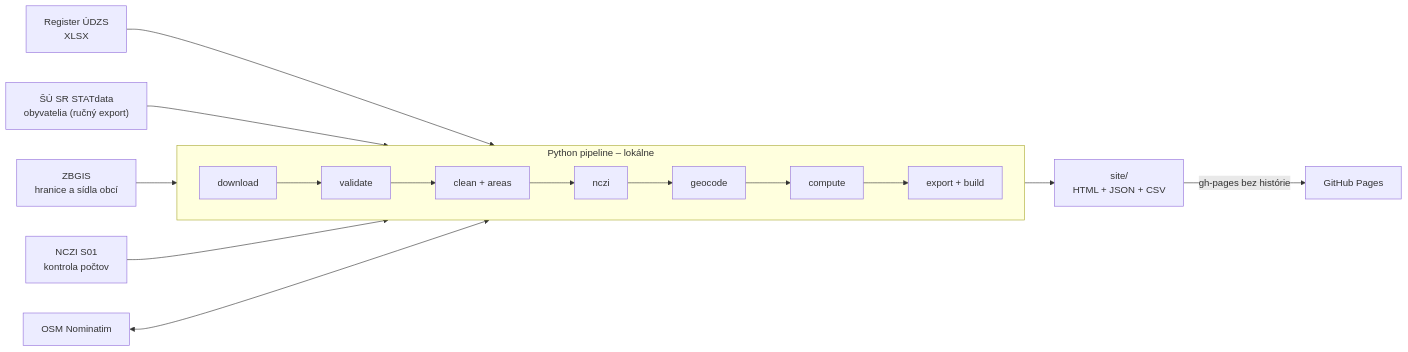
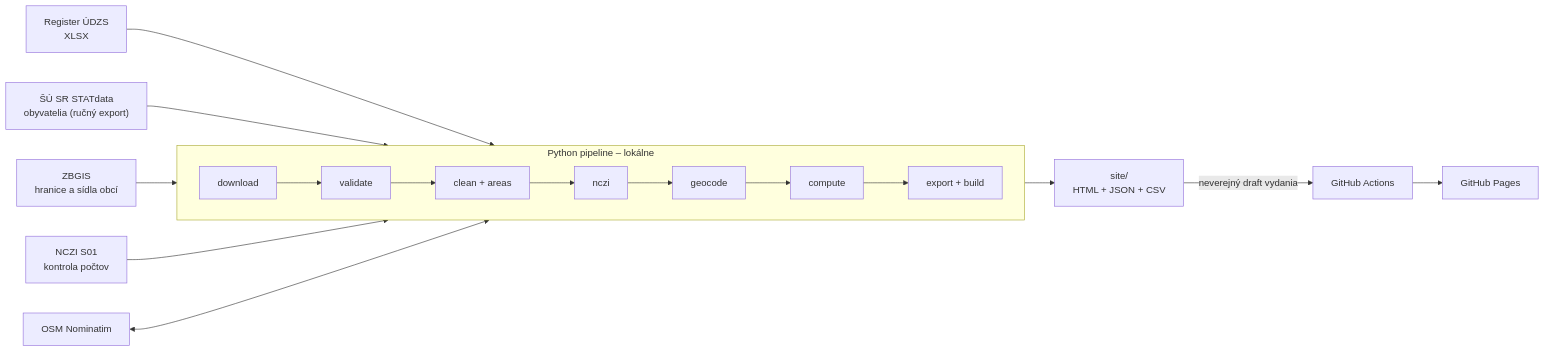
One commit to lukashavrilak-code/kde-chybaju-lekari changed the diagram in README.md. Above: the diagram before and after it, drawn with Mermaid. The commit also changed other lines of this file and 14 other files, not shown here.

````diff
--- a/README.md
+++ b/README.md
@@ -21,13 +50,13 @@
 ```mermaid
 flowchart LR
     UDZS["Register ÚDZS<br/>XLSX"] --> P
     SD["ŠÚ SR STATdata<br/>obyvatelia (ručný export)"] --> P
     ZB["ZBGIS<br/>hranice a sídla obcí"] --> P
     NC["NCZI S01<br/>kontrola počtov"] --> P
     NOM["OSM Nominatim"] <--> P
     subgraph P [Python pipeline – lokálne]
         direction LR
         A[download] --> B[validate] --> C[clean + areas] --> N[nczi] --> D[geocode] --> E[compute] --> F[export + build]
     end
-    P --> S["site/<br/>HTML + JSON + CSV"] -->|"gh-pages bez histórie"| G["GitHub Pages"]
+    P --> S["site/<br/>HTML + JSON + CSV"] -->|"neverejný draft vydania"| W["GitHub Actions"] --> G["GitHub Pages"]
 ```
````
